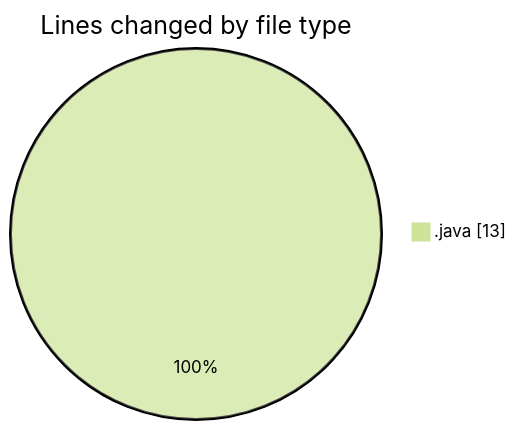
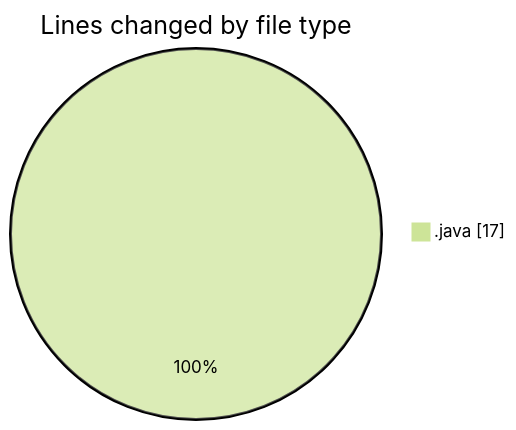
Before and after one commit to NitaiMahat/code-tracking: the first of 2 diagrams in 2025-01-29/java/README.md, drawn with Mermaid (forest theme). The commit also changed other lines of this file and 1 other file, not shown here.

````diff
--- a/2025-01-29/java/README.md
+++ b/2025-01-29/java/README.md
@@ -21,5 +22,5 @@
 ```mermaid
 pie showData
 title Lines changed by file type
-".java" : 13
+".java" : 17
 ```
````
